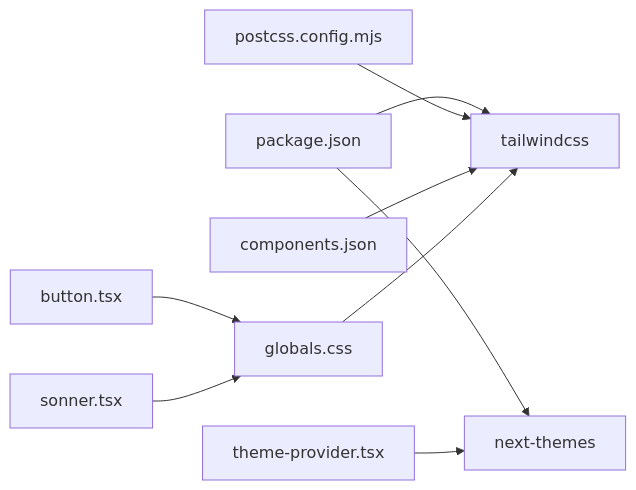
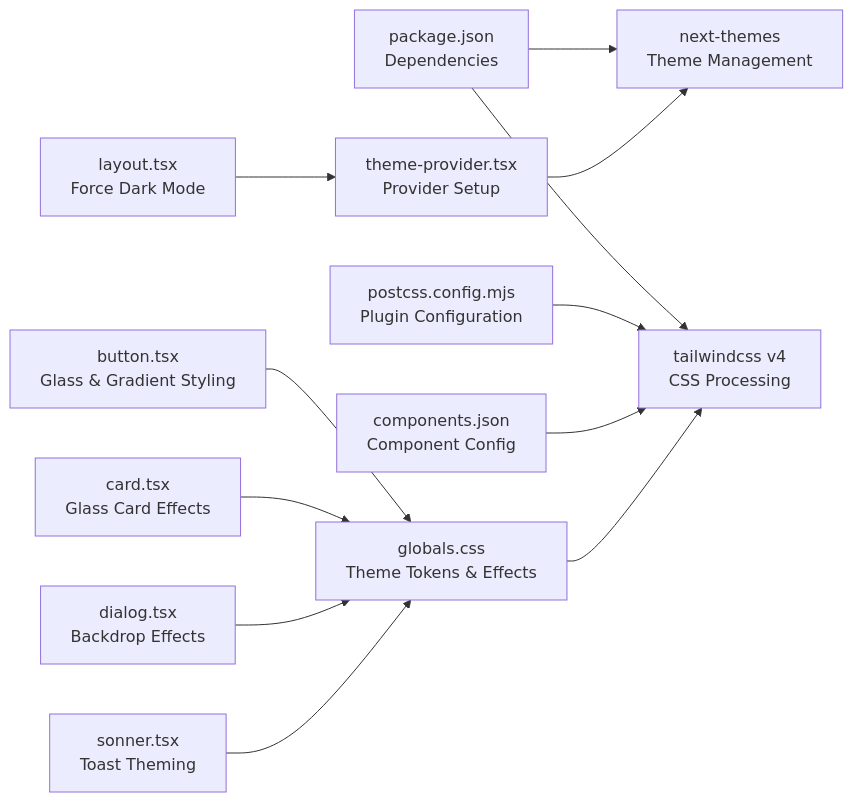
Before and after one commit to alikizang/datafrica: the fifth of 5 diagrams in .qoder/repowiki/en/content/UI Components/Theme System.md, drawn with Mermaid. The commit also changed other lines of this file and 15 other files, not shown here.

````diff
--- a/.qoder/repowiki/en/content/UI Components/Theme System.md
+++ b/.qoder/repowiki/en/content/UI Components/Theme System.md
@@ -256,11 +311,14 @@
 ```mermaid
 graph LR
-P["package.json"] --> NT["next-themes"]
-P --> TW["tailwindcss"]
-PCFG["postcss.config.mjs"] --> TW
-CJSON["components.json"] --> TW
-TP["theme-provider.tsx"] --> NT
-GCSS["globals.css"] --> TW
-BTN["button.tsx"] --> GCSS
-SNS["sonner.tsx"] --> GCSS
+P["package.json<br/>Dependencies"] --> NT["next-themes<br/>Theme Management"]
+P --> TW["tailwindcss v4<br/>CSS Processing"]
+PCFG["postcss.config.mjs<br/>Plugin Configuration"] --> TW
+CJSON["components.json<br/>Component Config"] --> TW
+TP["theme-provider.tsx<br/>Provider Setup"] --> NT
+LAYOUT["layout.tsx<br/>Force Dark Mode"] --> TP
+GCSS["globals.css<br/>Theme Tokens & Effects"] --> TW
+BTN["button.tsx<br/>Glass & Gradient Styling"] --> GCSS
+CARD["card.tsx<br/>Glass Card Effects"] --> GCSS
+DLG["dialog.tsx<br/>Backdrop Effects"] --> GCSS
+SNS["sonner.tsx<br/>Toast Theming"] --> GCSS
 ```
````
